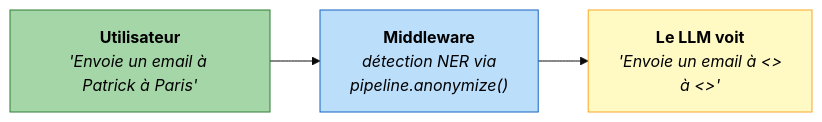
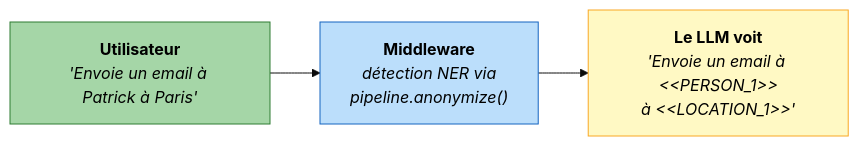
Before and after one commit to Athroniaeth/piighost: the second of 4 diagrams in docs/fr/examples/langchain.md, drawn with Mermaid (base theme). The commit also changed other lines of this file and 1 other file, not shown here.

First line of the commit message:
docs(langchain): escape angle brackets in Mermaid placeholders

````diff
--- a/docs/fr/examples/langchain.md
+++ b/docs/fr/examples/langchain.md
@@ -168,17 +168,17 @@
 ```mermaid
 flowchart LR
     classDef user fill:#A5D6A7,stroke:#2E7D32,color:#000
     classDef mw fill:#BBDEFB,stroke:#1565C0,color:#000
     classDef llm fill:#FFF9C4,stroke:#F9A825,color:#000
 
     U["`**Utilisateur**
     _'Envoie un email à Patrick à Paris'_`"]:::user
     M["`**Middleware**
     _détection NER via_
     _pipeline.anonymize()_`"]:::mw
     L["`**Le LLM voit**
-    _'Envoie un email à <<PERSON_1>>_
-    _à <<LOCATION_1>>'_`"]:::llm
+    _'Envoie un email à &lt;&lt;PERSON_1&gt;&gt;_
+    _à &lt;&lt;LOCATION_1&gt;&gt;'_`"]:::llm
 
     U --> M --> L
 ```
````
